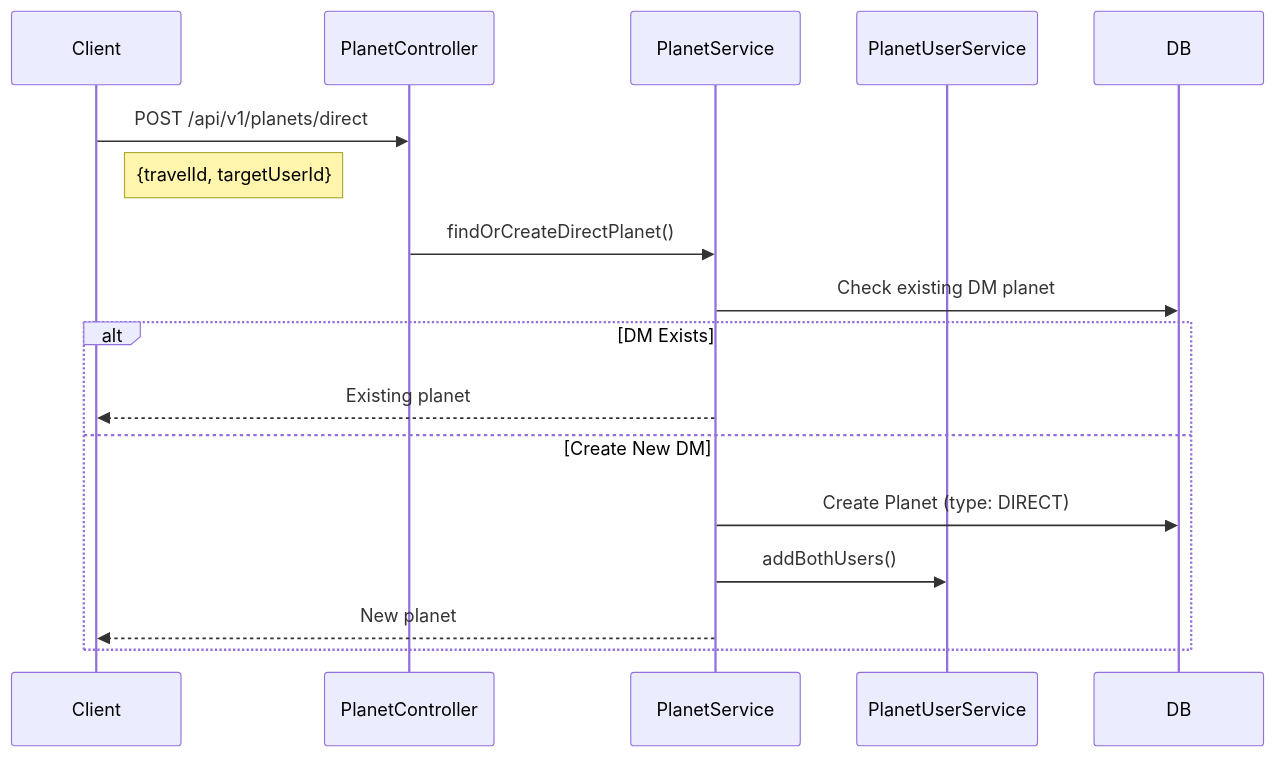
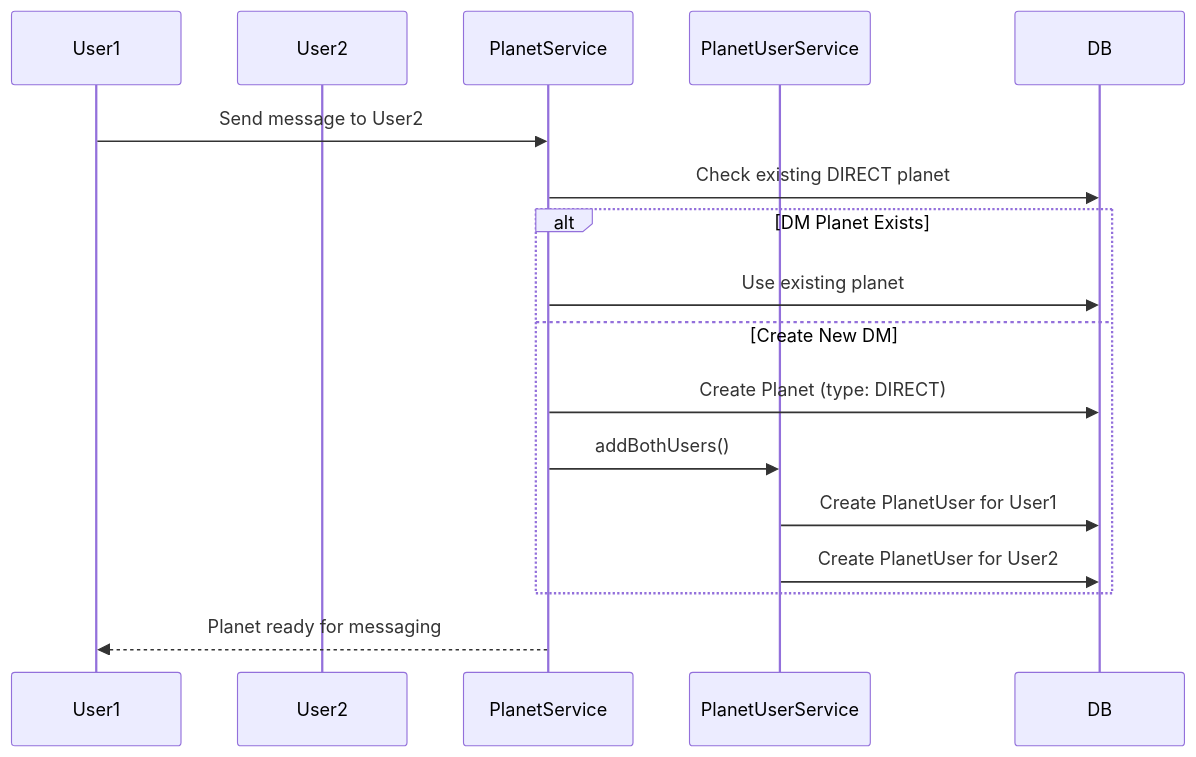
One commit to maximizest/connecto-nest changed the fourth of 10 diagrams in .md/flow.md. Above: the diagram before and after it, drawn with Mermaid. The commit also changed other lines of this file, not shown here.

````diff
--- a/.md/flow.md
+++ b/.md/flow.md
@@ -259,21 +273,22 @@
 ```mermaid
 sequenceDiagram
-    participant Client
-    participant PlanetController
+    participant User1
+    participant User2
     participant PlanetService
     participant PlanetUserService
+    participant DB
     
-    Client->>PlanetController: POST /api/v1/planets/direct
-    Note right of Client: {travelId, targetUserId}
+    User1->>PlanetService: Send message to User2
+    PlanetService->>DB: Check existing DIRECT planet
     
-    PlanetController->>PlanetService: findOrCreateDirectPlanet()
-    PlanetService->>DB: Check existing DM planet
-    
-    alt DM Exists
-        PlanetService-->>Client: Existing planet
+    alt DM Planet Exists
+        PlanetService->>DB: Use existing planet
     else Create New DM
         PlanetService->>DB: Create Planet (type: DIRECT)
         PlanetService->>PlanetUserService: addBothUsers()
-        PlanetService-->>Client: New planet
+        PlanetUserService->>DB: Create PlanetUser for User1
+        PlanetUserService->>DB: Create PlanetUser for User2
     end
+    
+    PlanetService-->>User1: Planet ready for messaging
 ```
````
